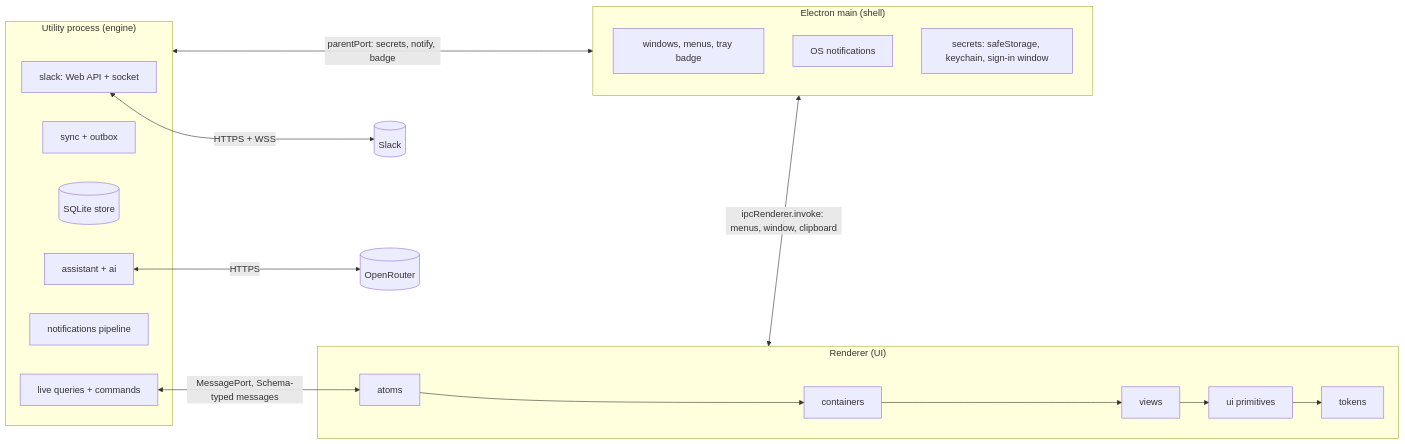
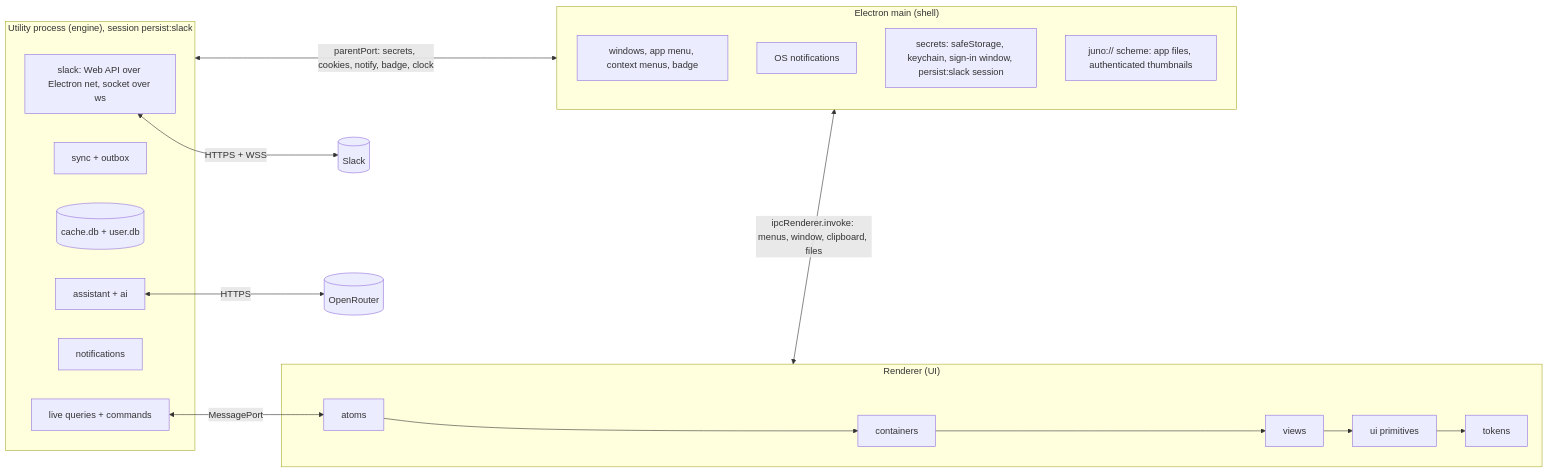
One commit to triptu/juno changed the first of 2 diagrams in docs/architecture.md. Above: the diagram before and after it, drawn with Mermaid. The commit also changed other lines of this file and 10 other files, not shown here.

Commit message:
Revise architecture after review: Electron net, merge rules, split databases, protocol spike

````diff
--- a/docs/architecture.md
+++ b/docs/architecture.md
@@ -11,24 +11,25 @@
 ```mermaid
 flowchart LR
   subgraph main["Electron main (shell)"]
-    W[windows, menus, tray badge]
+    W[windows, app menu, context menus, badge]
     N[OS notifications]
-    S[secrets: safeStorage, keychain, sign-in window]
+    S[secrets: safeStorage, keychain, sign-in window, persist:slack session]
+    F[juno:// scheme: app files, authenticated thumbnails]
   end
-  subgraph engine["Utility process (engine)"]
-    SL[slack: Web API + socket]
+  subgraph engine["Utility process (engine), session persist:slack"]
+    SL[slack: Web API over Electron net, socket over ws]
     SY[sync + outbox]
-    ST[(SQLite store)]
-    AI[assistant + ai]
-    NO[notifications pipeline]
+    ST[(cache.db + user.db)]
+    AS[assistant + ai]
+    NO[notifications]
     Q[live queries + commands]
   end
   subgraph renderer["Renderer (UI)"]
     A[atoms] --> C[containers] --> V[views] --> U[ui primitives] --> T[tokens]
   end
   SL <-->|HTTPS + WSS| Slack[(Slack)]
-  AI <-->|HTTPS| OR[(OpenRouter)]
-  Q <-->|MessagePort, Schema-typed messages| A
-  engine <-->|parentPort: secrets, notify, badge| main
-  renderer <-->|ipcRenderer.invoke: menus, window, clipboard| main
+  AS <-->|HTTPS| OR[(OpenRouter)]
+  Q <-->|MessagePort| A
+  engine <-->|parentPort: secrets, cookies, notify, badge, clock| main
+  renderer <-->|ipcRenderer.invoke: menus, window, clipboard, files| main
 ```
````
